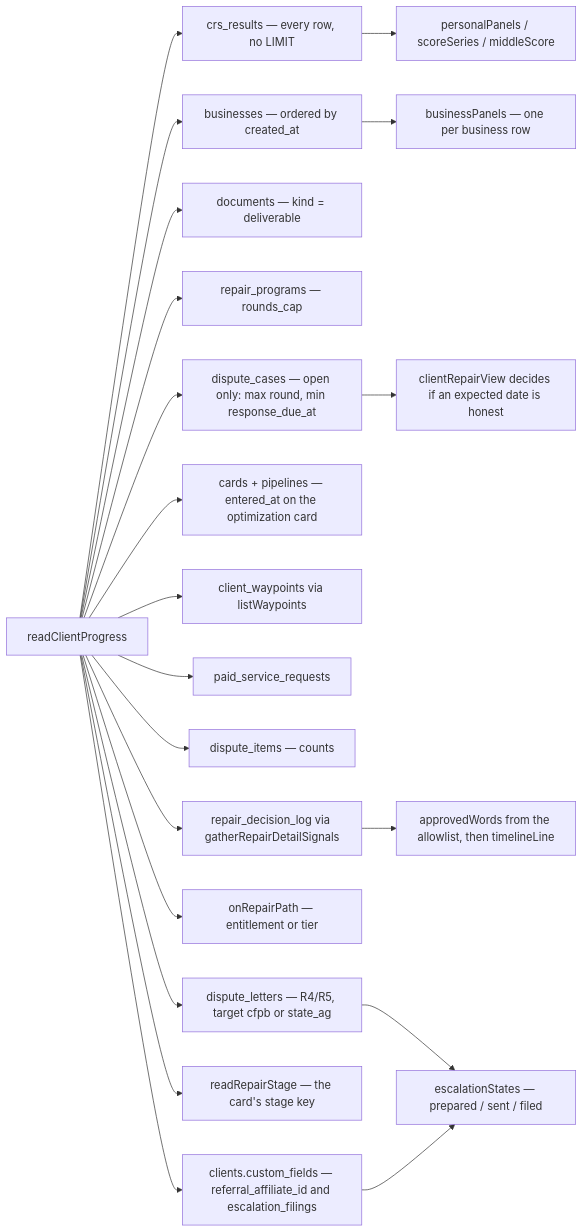
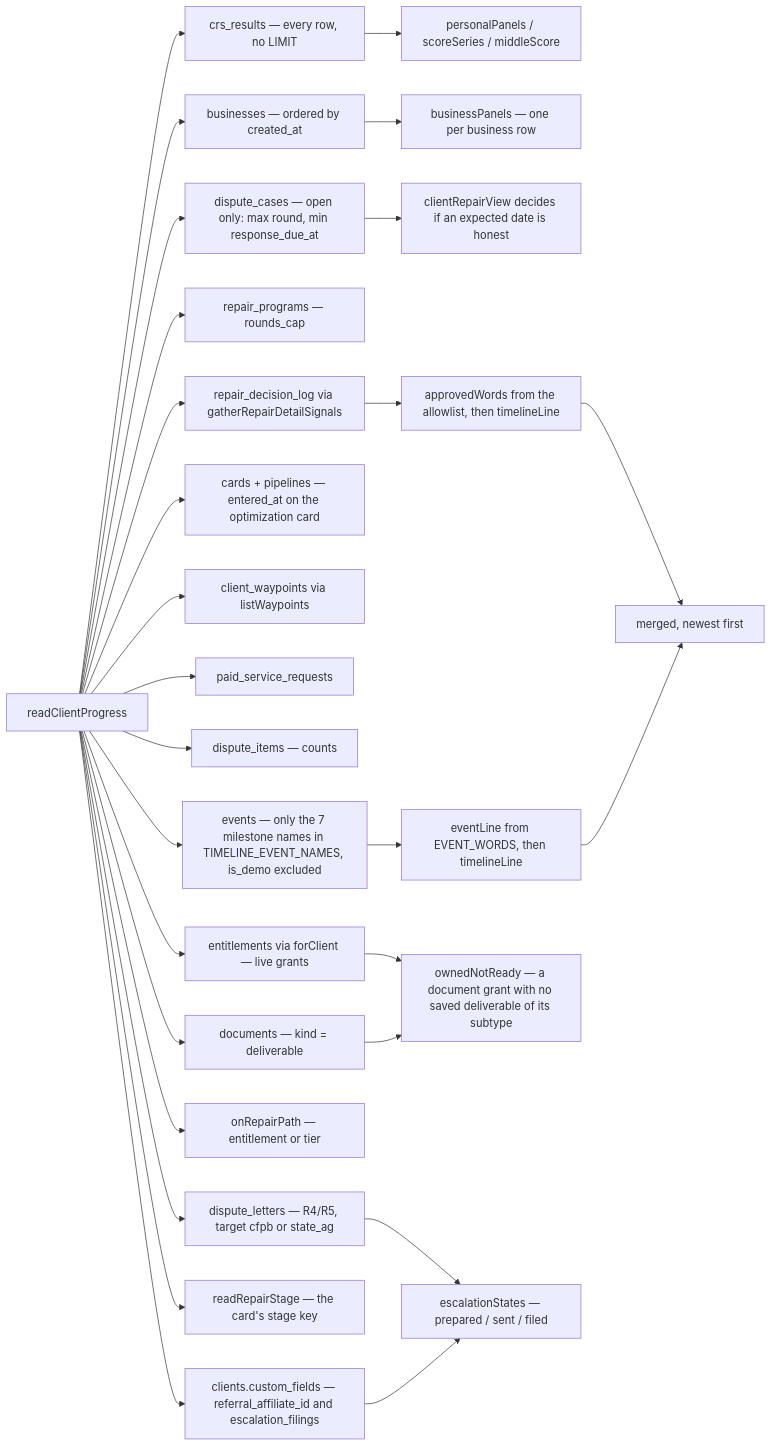
The second of 5 diagrams in docs/journeys/client-progress-actual.md (ZootimusMaximusSupreme/Fundhub_ai), drawn with Mermaid before and after one commit. The commit also changed other lines of this file and 13 other files, not shown here.

First line of the commit message:
fix(N13): progress page names owned documents not built yet and shows what happened

````diff
--- a/docs/journeys/client-progress-actual.md
+++ b/docs/journeys/client-progress-actual.md
@@ -56,24 +56,31 @@
 ```mermaid
 flowchart LR
     R[readClientProgress] --> A[crs_results — every row, no LIMIT]
     R --> B[businesses — ordered by created_at]
     R --> C[documents — kind = deliverable]
     R --> D[repair_programs — rounds_cap]
     R --> E[dispute_cases — open only: max round, min response_due_at]
     R --> F[cards + pipelines — entered_at on the optimization card]
     R --> G[client_waypoints via listWaypoints]
     R --> H[paid_service_requests]
     R --> I[dispute_items — counts]
     R --> J[repair_decision_log via gatherRepairDetailSignals]
+    R --> JE[events — only the 7 milestone names in TIMELINE_EVENT_NAMES, is_demo excluded]
+    R --> EN[entitlements via forClient — live grants]
     R --> K[onRepairPath — entitlement or tier]
     R --> L[clients.custom_fields — referral_affiliate_id and escalation_filings]
     R --> M[readRepairStage — the card's stage key]
 
     A --> A1[personalPanels / scoreSeries / middleScore]
     B --> B1[businessPanels — one per business row]
     E --> E1[clientRepairView decides if an expected date is honest]
     J --> J1[approvedWords from the allowlist, then timelineLine]
+    JE --> J2[eventLine from EVENT_WORDS, then timelineLine]
+    J1 --> J3[merged, newest first]
+    J2 --> J3
+    EN --> O1[ownedNotReady — a document grant with no saved deliverable of its subtype]
+    C --> O1
     R --> N[dispute_letters — R4/R5, target cfpb or state_ag]
     N --> N1[escalationStates — prepared / sent / filed]
     L --> N1
 ```
````
